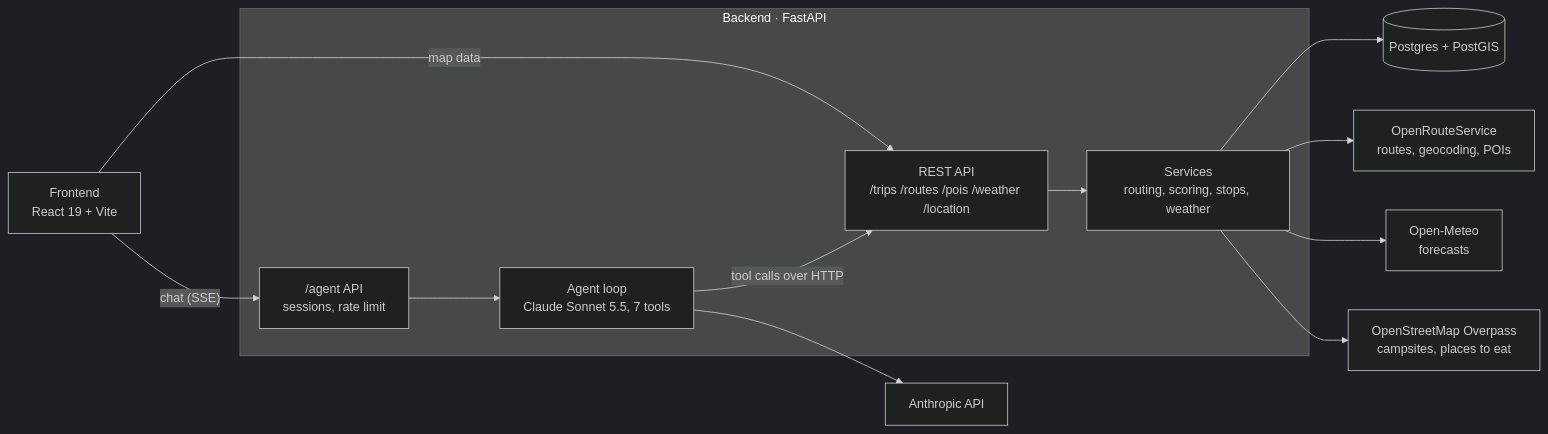
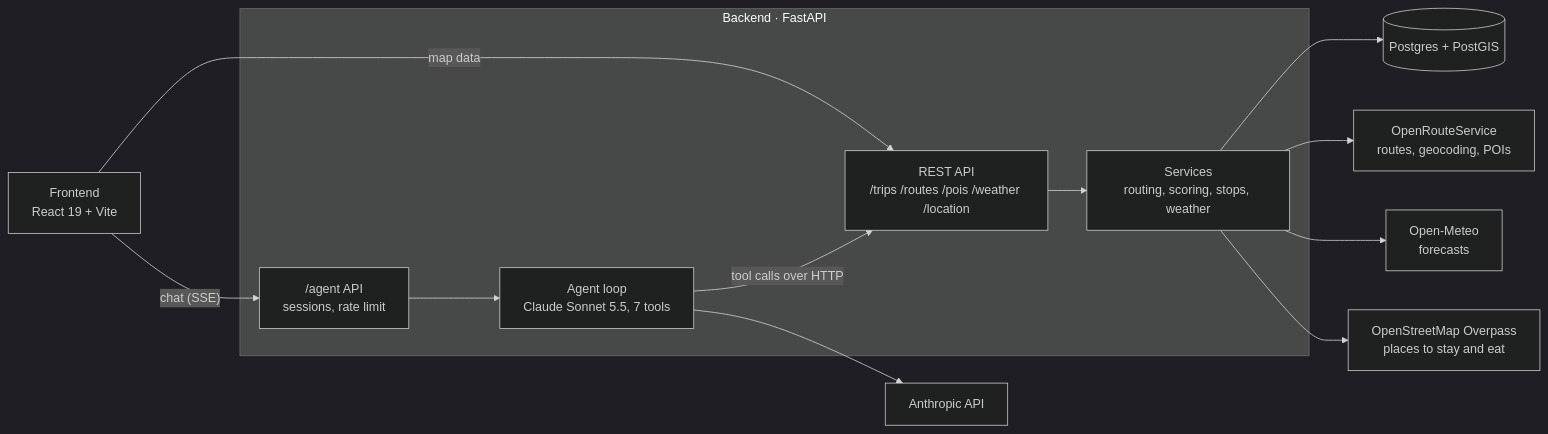
The diagram in README.md (alanshilu/waypoint), drawn with Mermaid (dark theme) before and after one commit. The commit also changed other lines of this file and 20 other files, not shown here.

````diff
--- a/README.md
+++ b/README.md
@@ -70,15 +70,15 @@
 ```mermaid
 flowchart LR
     FE["Frontend<br/>React 19 + Vite"] -- "chat (SSE)" --> AGAPI["/agent API<br/>sessions, rate limit"]
     FE -- "map data" --> REST
     subgraph Backend [Backend · FastAPI]
         AGAPI --> LOOP["Agent loop<br/>Claude Sonnet 5.5, 7 tools"]
         LOOP -- "tool calls over HTTP" --> REST["REST API<br/>/trips /routes /pois /weather /location"]
         REST --> SVC["Services<br/>routing, scoring, stops, weather"]
     end
     LOOP --> ANT["Anthropic API"]
     SVC --> DB[("Postgres + PostGIS")]
     SVC --> ORS["OpenRouteService<br/>routes, geocoding, POIs"]
     SVC --> OM["Open-Meteo<br/>forecasts"]
-    SVC --> OSM["OpenStreetMap Overpass<br/>campsites, places to eat"]
+    SVC --> OSM["OpenStreetMap Overpass<br/>places to stay and eat"]
 ```
````
